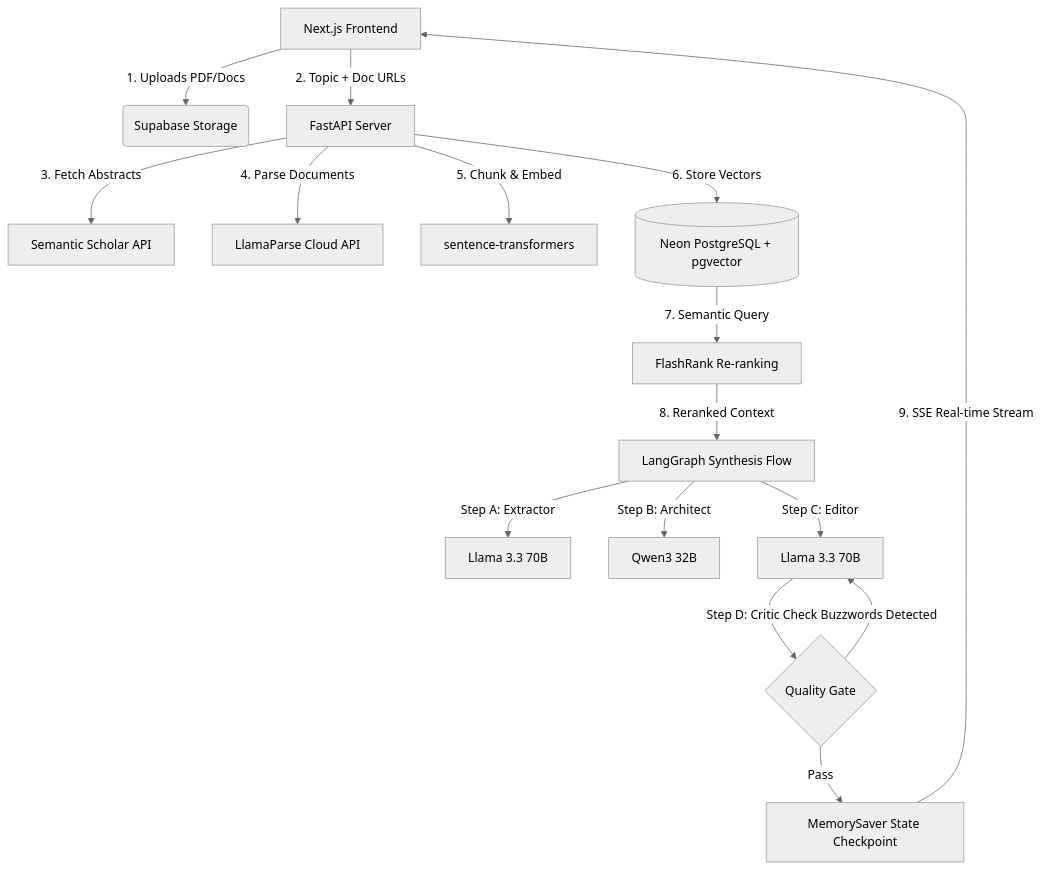
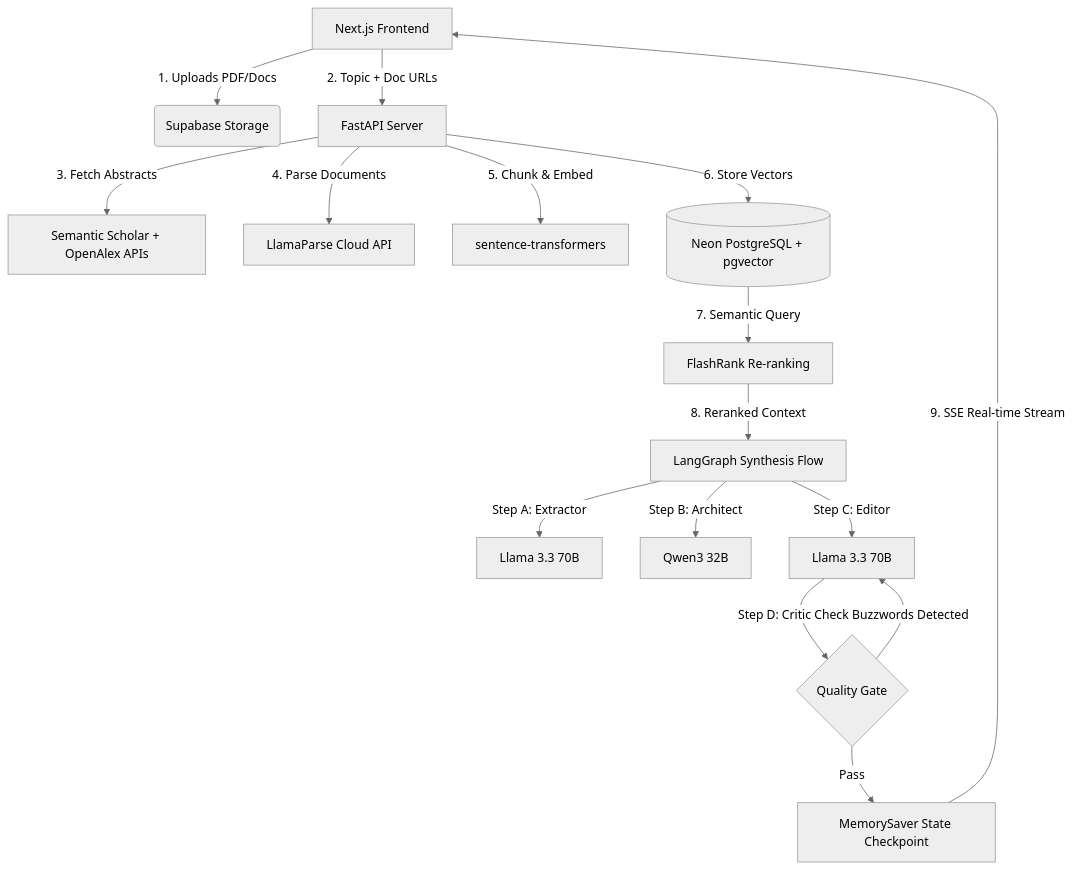
The first of 2 diagrams in README.md (Emmanuelayeni3000/Luminathesis_backend), drawn with Mermaid (neutral theme) before and after one commit. The commit also changed other lines of this file and 2 other files, not shown here.

````diff
--- a/README.md
+++ b/README.md
@@ -24,18 +24,18 @@
 ```mermaid
 graph TD
   A[Next.js Frontend] -->|1. Uploads PDF/Docs| B(Supabase Storage)
   A -->|2. Topic + Doc URLs| C[FastAPI Server]
-  C -->|3. Fetch Abstracts| D[Semantic Scholar API]
+  C -->|3. Fetch Abstracts| D[Semantic Scholar + OpenAlex APIs]
   C -->|4. Parse Documents| E[LlamaParse Cloud API]
   C -->|5. Chunk & Embed| F[sentence-transformers]
   C -->|6. Store Vectors| G[(Neon PostgreSQL + pgvector)]
   G -->|7. Semantic Query| H[FlashRank Re-ranking]
   H -->|8. Reranked Context| I[LangGraph Synthesis Flow]
   I -->|Step A: Extractor| J[Llama 3.3 70B]
   I -->|Step B: Architect| K[Qwen3 32B]
   I -->|Step C: Editor| L[Llama 3.3 70B]
   L -->|Step D: Critic Check| M{Quality Gate}
   M -->|Buzzwords Detected| L
   M -->|Pass| N[MemorySaver State Checkpoint]
   N -->|9. SSE Real-time Stream| A
 ```
````
